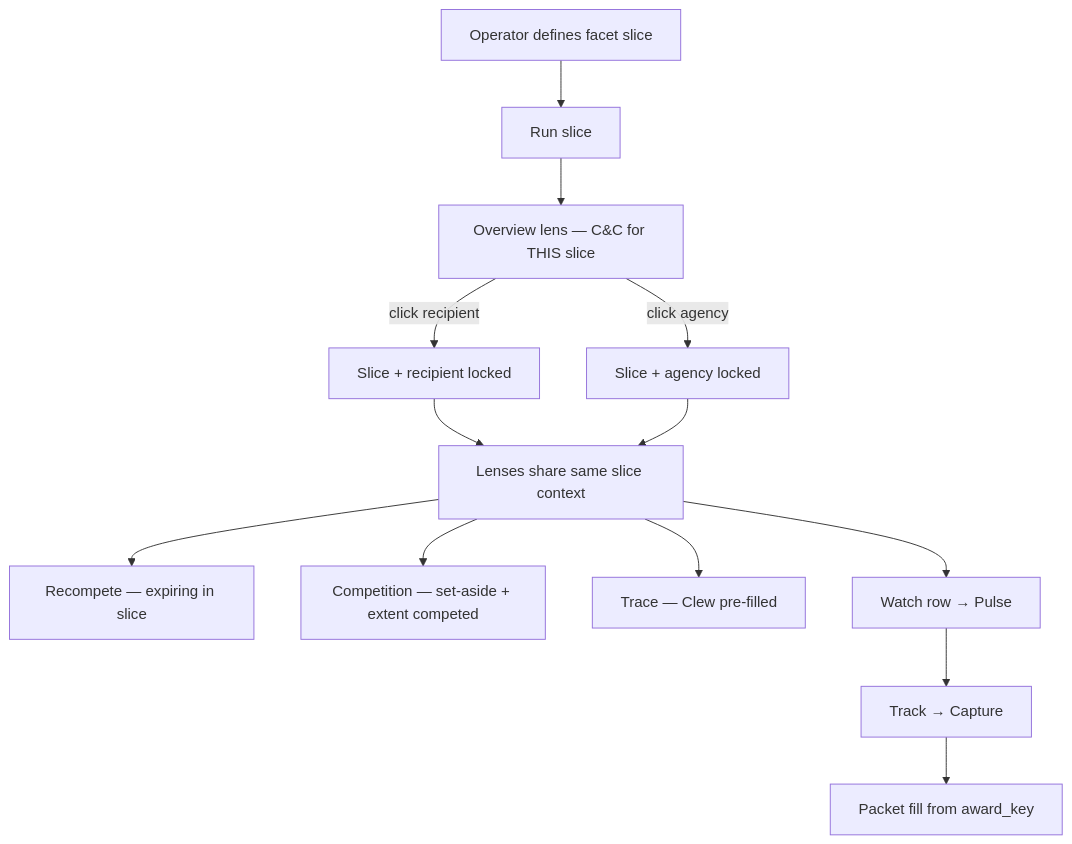
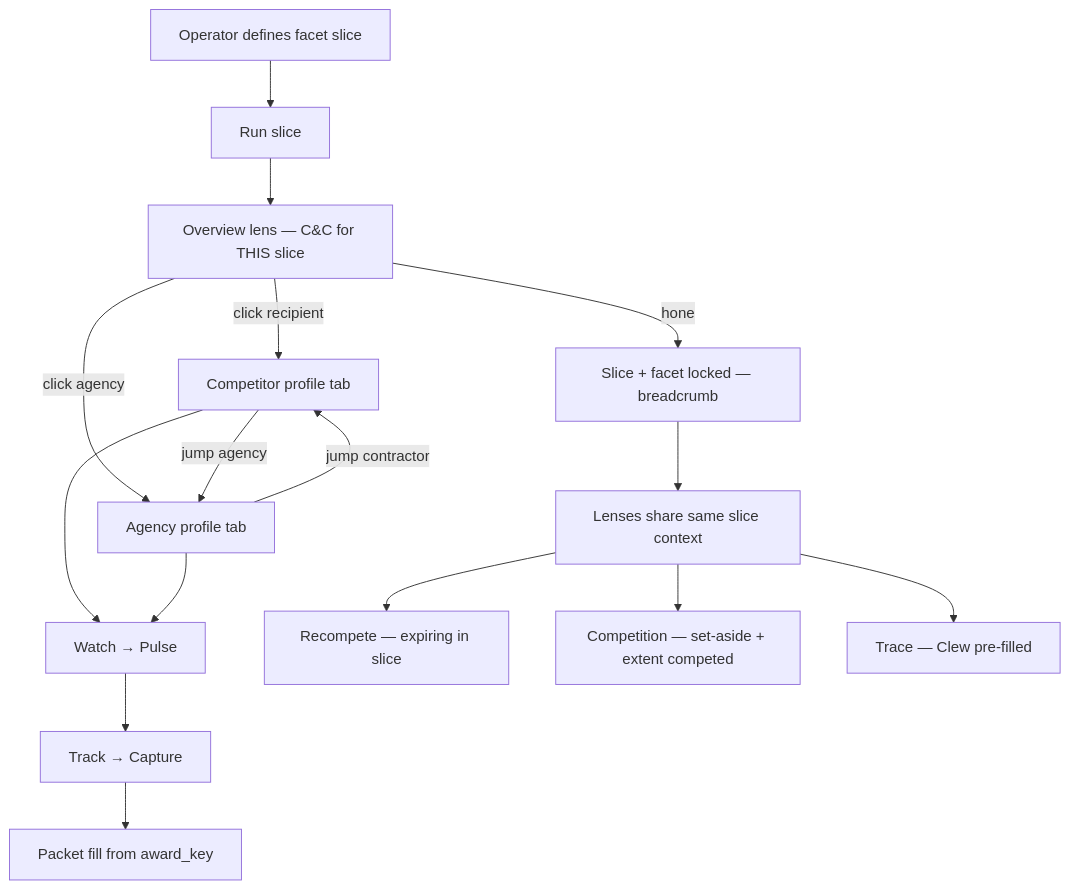
Before and after one commit to BdM-15/ariadne-capform: the fourth of 6 diagrams in docs/PLAN.md, drawn with Mermaid. The commit also changed other lines of this file and 19 other files, not shown here.

````diff
--- a/docs/PLAN.md
+++ b/docs/PLAN.md
@@ -915,15 +928,18 @@
 ```mermaid
 flowchart TD
   Facets[Operator defines facet slice] --> Run[Run slice]
   Run --> Overview[Overview lens — C&C for THIS slice]
-  Overview -->|click recipient| NarrowR[Slice + recipient locked]
-  Overview -->|click agency| NarrowA[Slice + agency locked]
-  NarrowR --> Lenses[Lenses share same slice context]
-  NarrowA --> Lenses
+  Overview -->|click recipient| CompetitorTab[Competitor profile tab]
+  Overview -->|click agency| AgencyTab[Agency profile tab]
+  Overview -->|hone| Narrow[Slice + facet locked — breadcrumb]
+  CompetitorTab -->|jump agency| AgencyTab
+  AgencyTab -->|jump contractor| CompetitorTab
+  Narrow --> Lenses[Lenses share same slice context]
+  CompetitorTab --> Watch[Watch → Pulse]
+  AgencyTab --> Watch
   Lenses --> Recompete[Recompete — expiring in slice]
   Lenses --> Competition[Competition — set-aside + extent competed]
   Lenses --> Trace[Trace — Clew pre-filled]
-  Lenses --> Watch[Watch row → Pulse]
   Watch --> Track[Track → Capture]
   Track --> Fill[Packet fill from award_key]
 ```
````
